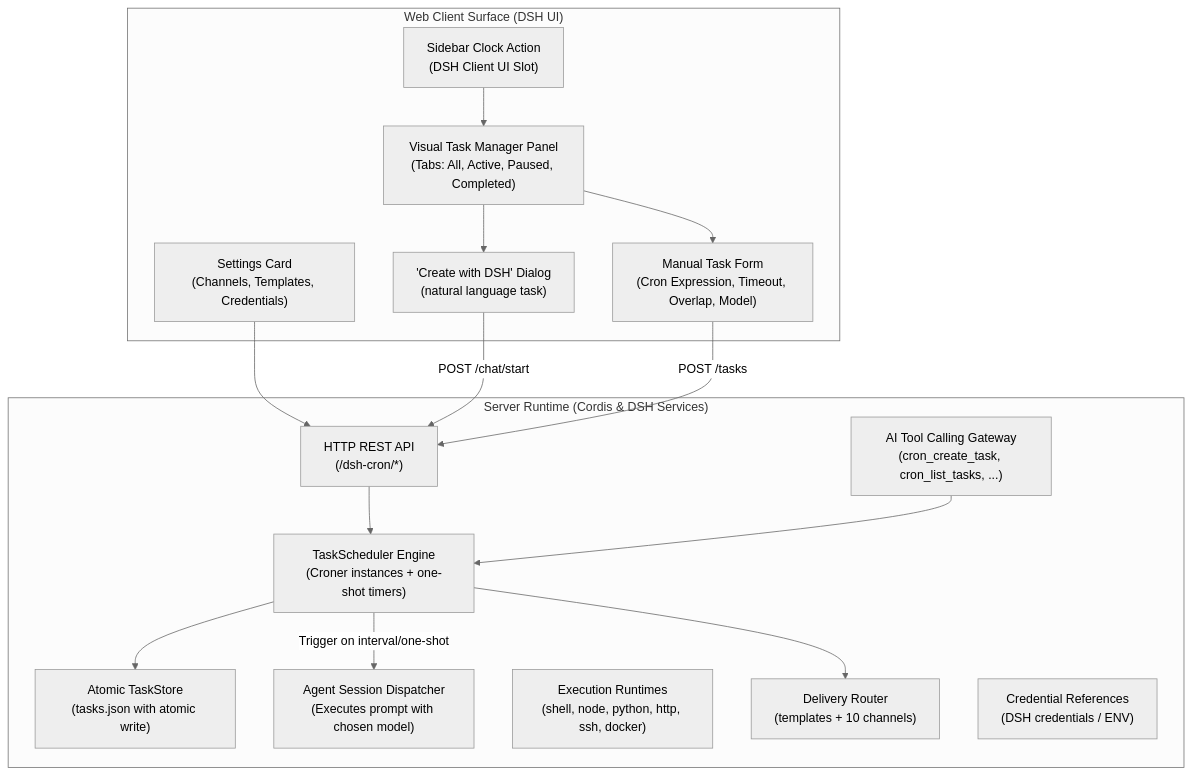
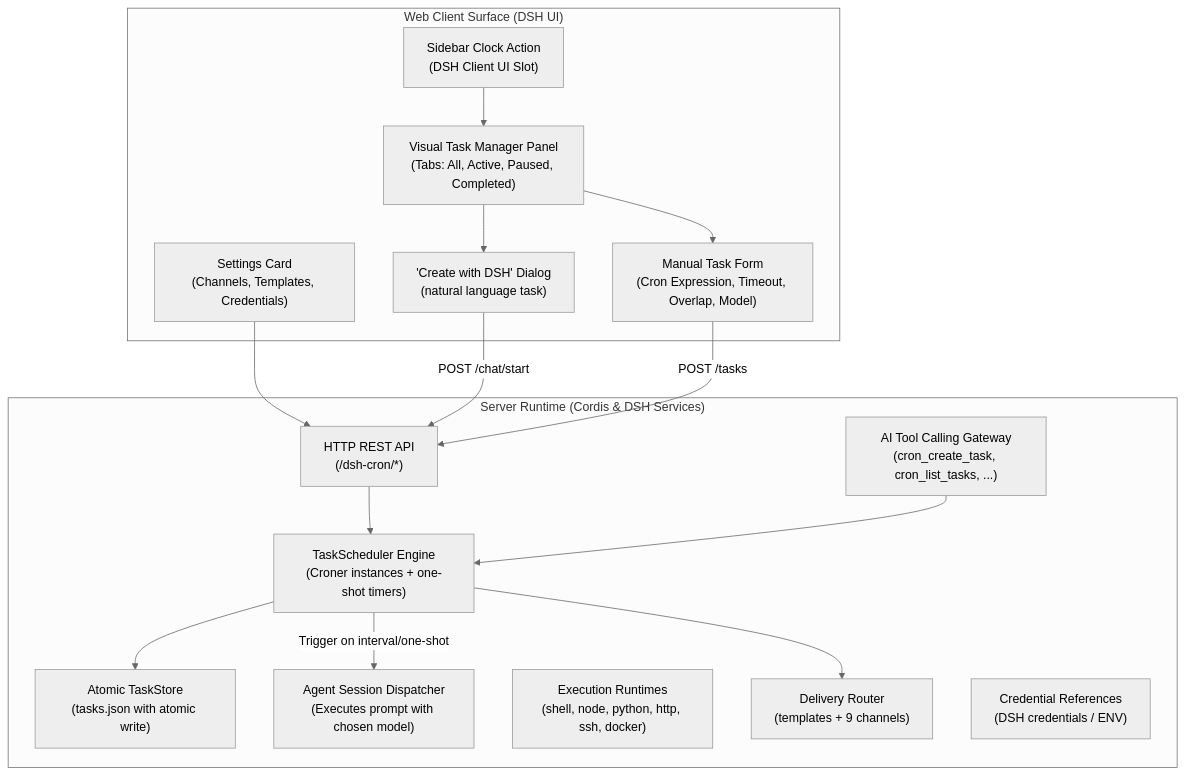
Before and after one commit to GooDAnDReaDY/dsh-cron: the diagram in README.md, drawn with Mermaid (neutral theme). The commit also changed other lines of this file and 12 other files, not shown here.

````diff
--- a/README.md
+++ b/README.md
@@ -45,33 +45,33 @@
 ```mermaid
 graph TD
     subgraph Client ["Web Client Surface (DSH UI)"]
         SidebarBtn["Sidebar Clock Action<br/>(DSH Client UI Slot)"]
         Overlay["Visual Task Manager Panel<br/>(Tabs: All, Active, Paused, Completed)"]
         CreateWithDSH["'Create with DSH' Dialog<br/>(natural language task)"]
         ManualForm["Manual Task Form<br/>(Cron Expression, Timeout, Overlap, Model)"]
         SettingsCard["Settings Card<br/>(Channels, Templates, Credentials)"]
     end
 
     subgraph Server ["Server Runtime (Cordis & DSH Services)"]
         HttpRoutes["HTTP REST API<br/>(/dsh-cron/*)"]
         AgentTools["AI Tool Calling Gateway<br/>(cron_create_task, cron_list_tasks, ...)"]
         Scheduler["TaskScheduler Engine<br/>(Croner instances + one-shot timers)"]
         Store["Atomic TaskStore<br/>(tasks.json with atomic write)"]
         AgentRunner["Agent Session Dispatcher<br/>(Executes prompt with chosen model)"]
         Runtimes["Execution Runtimes<br/>(shell, node, python, http, ssh, docker)"]
-        Notify["Delivery Router<br/>(templates + 10 channels)"]
+        Notify["Delivery Router<br/>(templates + 9 channels)"]
         Secrets["Credential References<br/>(DSH credentials / ENV)"]
     end
 
     SidebarBtn --> Overlay
     Overlay --> CreateWithDSH
     Overlay --> ManualForm
     SettingsCard --> HttpRoutes
     CreateWithDSH -->|POST /chat/start| HttpRoutes
     ManualForm -->|POST /tasks| HttpRoutes
     HttpRoutes --> Scheduler
     AgentTools --> Scheduler
     Scheduler --> Store
     Scheduler -->|Trigger on interval/one-shot| AgentRunner
     Scheduler --> Notify
 ```
````
